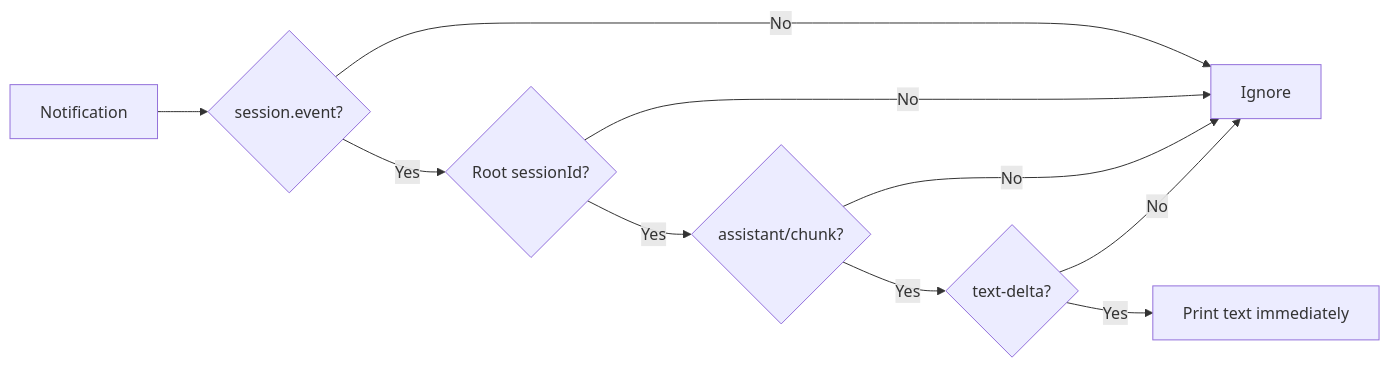
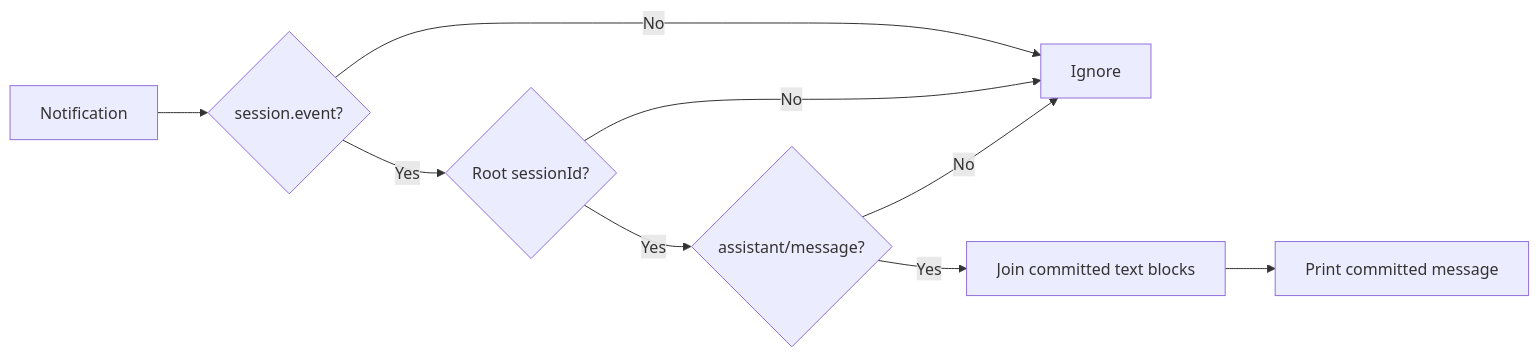
Before and after one commit to eriklee1895/hands-on-dsh: the diagram in tutorials/python-sdk/tutorials/03-stream-events.md, drawn with Mermaid. The commit also changed other lines of this file and 72 other files, not shown here.

````diff
--- a/tutorials/python-sdk/tutorials/03-stream-events.md
+++ b/tutorials/python-sdk/tutorials/03-stream-events.md
@@ -28,12 +28,11 @@
 ```mermaid
 flowchart LR
     N[Notification] --> M{session.event?}
-    M -->|No| Ignore[Ignore]
+    M -->|No| I[Ignore]
     M -->|Yes| S{Root sessionId?}
-    S -->|No| Ignore
-    S -->|Yes| E{assistant/chunk?}
-    E -->|No| Ignore
-    E -->|Yes| C{text-delta?}
-    C -->|No| Ignore
-    C -->|Yes| Print[Print text immediately]
+    S -->|No| I
+    S -->|Yes| E{assistant/message?}
+    E -->|No| I
+    E -->|Yes| P[Join committed text blocks]
+    P --> O[Print committed message]
 ```
````
